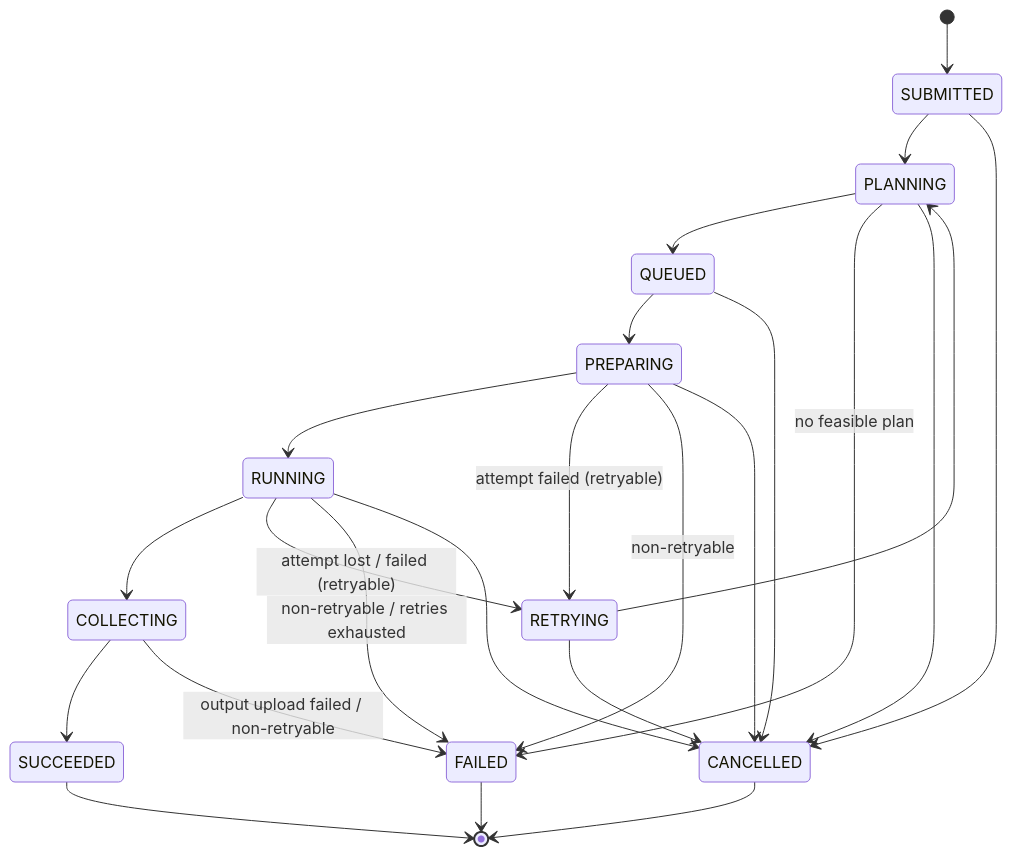
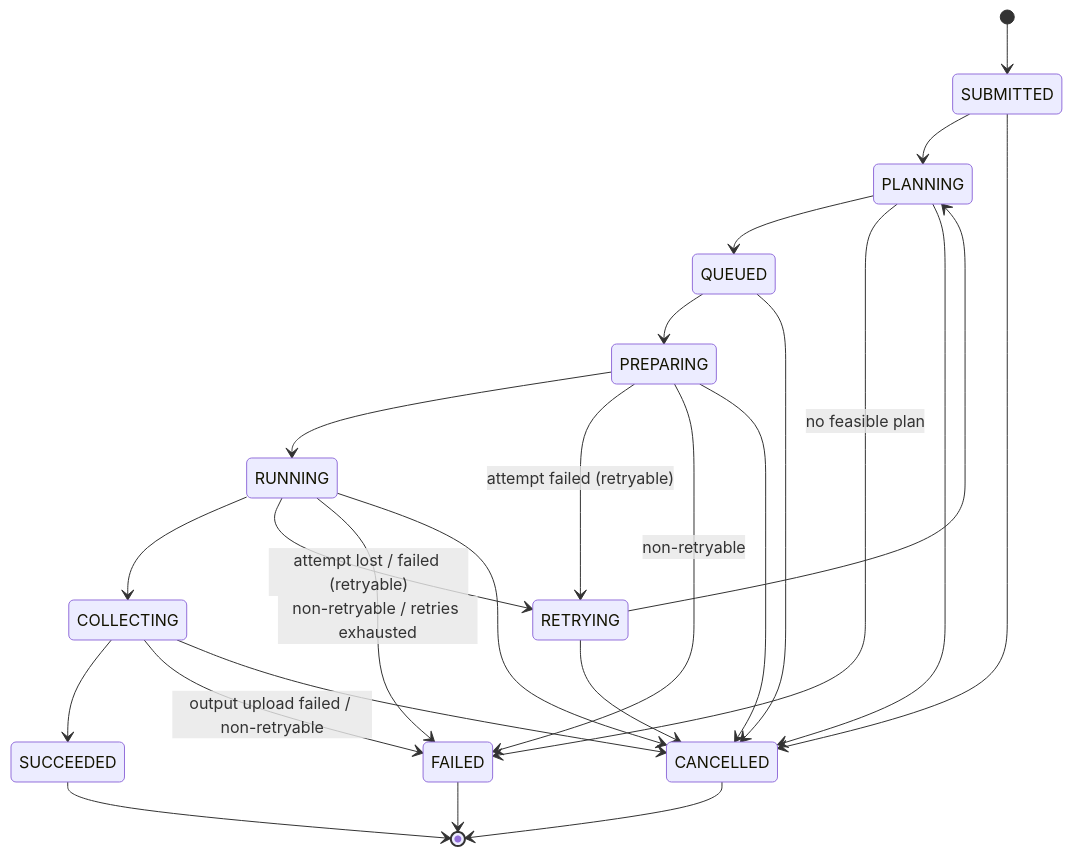
One commit to tony19053000/finalyear changed diagram 11 of 17 in docs/ARCHITECTURE.md. Above: the diagram before and after it, drawn with Mermaid. The commit also changed other lines of this file and 3 other files, not shown here.

Commit message:
feat(V0.4-G4): D55 job arrows + COLLECTING->CANCELLED (D69) in transitions and §12.1

````diff
--- a/docs/ARCHITECTURE.md
+++ b/docs/ARCHITECTURE.md
@@ -431,26 +431,27 @@
 ```mermaid
 stateDiagram-v2
     [*] --> SUBMITTED
     SUBMITTED --> PLANNING
     PLANNING --> QUEUED
     PLANNING --> FAILED: no feasible plan
     QUEUED --> PREPARING
     PREPARING --> RUNNING
     RUNNING --> COLLECTING
     COLLECTING --> SUCCEEDED
     COLLECTING --> FAILED: output upload failed / non-retryable
     PREPARING --> RETRYING: attempt failed (retryable)
     RUNNING --> RETRYING: attempt lost / failed (retryable)
     RETRYING --> PLANNING
     PLANNING --> CANCELLED
     RETRYING --> CANCELLED
     PREPARING --> FAILED: non-retryable
     RUNNING --> FAILED: non-retryable / retries exhausted
     SUBMITTED --> CANCELLED
     QUEUED --> CANCELLED
     PREPARING --> CANCELLED
     RUNNING --> CANCELLED
+    COLLECTING --> CANCELLED
     SUCCEEDED --> [*]
     FAILED --> [*]
     CANCELLED --> [*]
 ```
````
